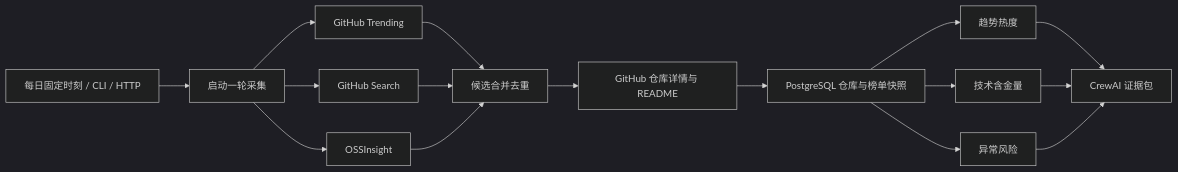
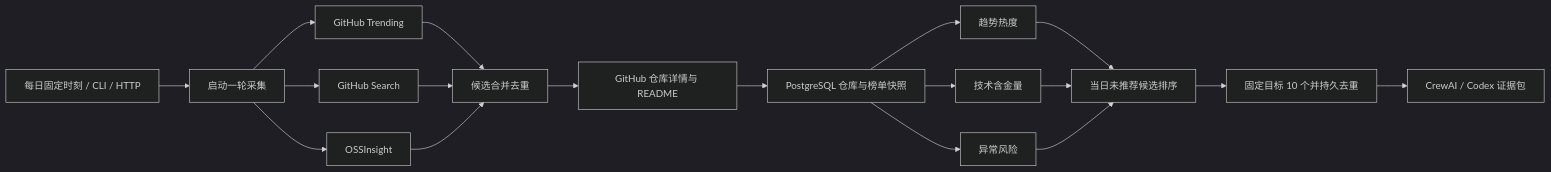
One commit to AmorErwanc/github-trend-intelligence changed the diagram in docs/workflow.md. Above: the diagram before and after it, drawn with Mermaid (dark theme). The commit also changed other lines of this file and 19 other files, not shown here.

````diff
--- a/docs/workflow.md
+++ b/docs/workflow.md
@@ -3,18 +3,20 @@
 ```mermaid
 flowchart LR
   T[每日固定时刻 / CLI / HTTP] --> A[启动一轮采集]
   A --> B[GitHub Trending]
   A --> C[GitHub Search]
   A --> D[OSSInsight]
   B --> E[候选合并去重]
   C --> E
   D --> E
   E --> F[GitHub 仓库详情与 README]
   F --> G[PostgreSQL 仓库与榜单快照]
   G --> H[趋势热度]
   G --> I[技术含金量]
   G --> J[异常风险]
-  H --> K[CrewAI 证据包]
+  H --> K[当日未推荐候选排序]
   I --> K
   J --> K
+  K --> L[固定目标 10 个并持久去重]
+  L --> M[CrewAI / Codex 证据包]
 ```
````
